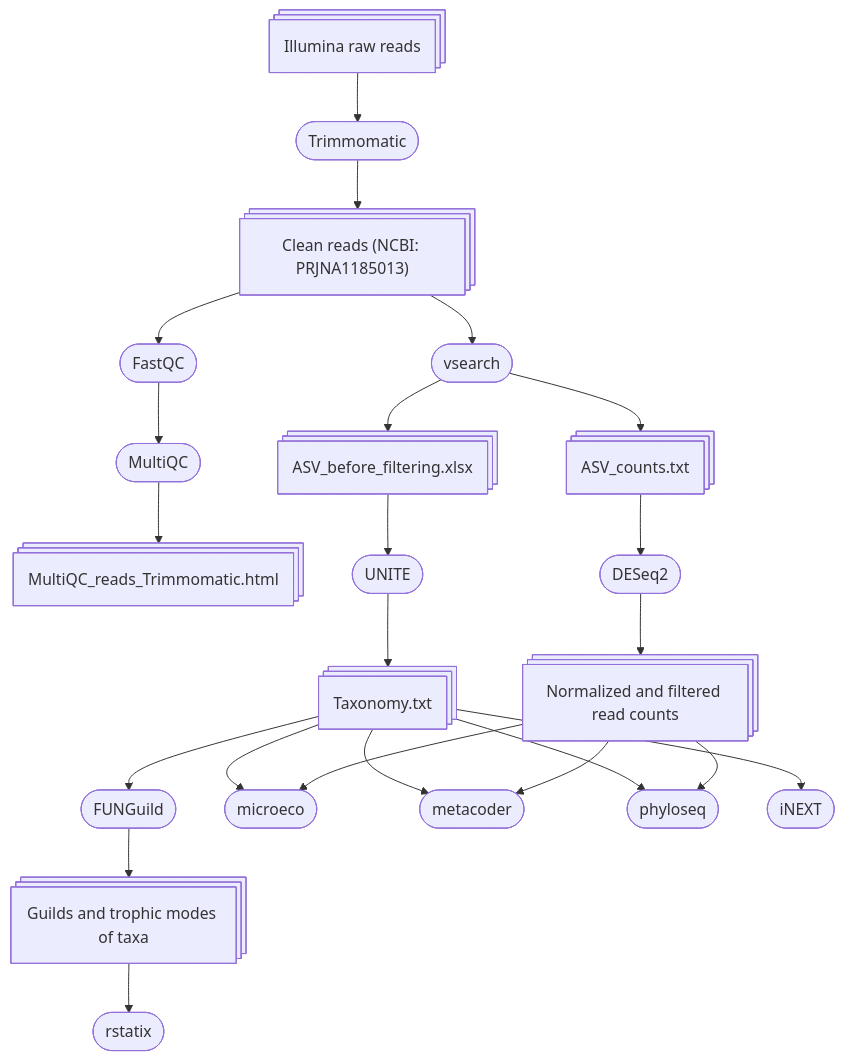
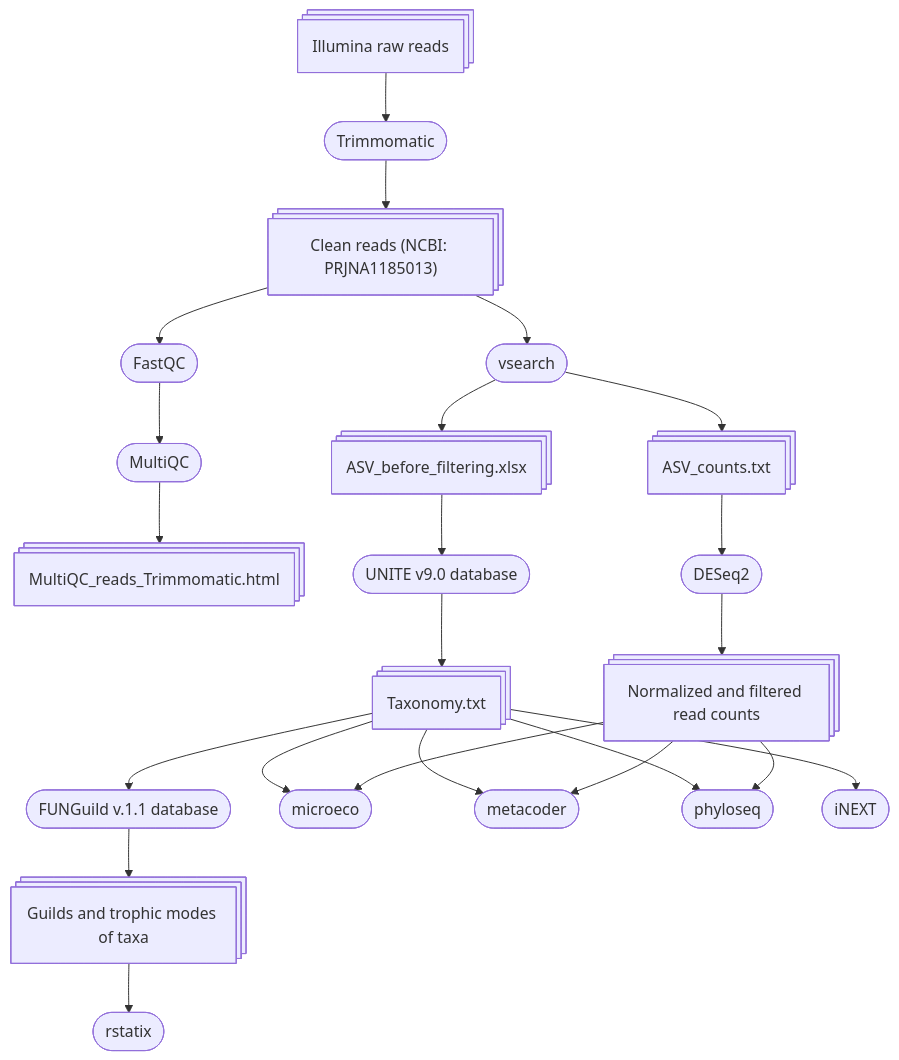
One commit to kuprinak/lithuania-metabar changed the diagram in README.md. Above: the diagram before and after it, drawn with Mermaid. The commit also changed other lines of this file, not shown here.

````diff
--- a/README.md
+++ b/README.md
@@ -22,26 +22,26 @@
 ```mermaid
 flowchart TB
     A@{shape: procs, label: "Illumina raw reads"} --> B([Trimmomatic]);
     B --> C@{shape: procs, label: "Clean reads (NCBI: PRJNA1185013)"};
     C --> Fa([FastQC]);
     Fa --> Mu([MultiQC]);
     Mu --> Mur@{shape: procs, label: "MultiQC_reads_Trimmomatic.html"}; 
     C --> V([vsearch]);
     V --> ASV@{shape: procs, label: "ASV_before_filtering.xlsx"};
     V --> CV@{shape: procs, label: "ASV_counts.txt"};
-    ASV --> T([UNITE]);
+    ASV --> T([UNITE v9.0 database]);
     T --> Ta@{shape: procs, label: "Taxonomy.txt"};
-    Ta --> F([FUNGuild]);
+    Ta --> F([FUNGuild v.1.1 database]);
     F --> Gu@{shape: procs, label: "Guilds and trophic modes of taxa"};
     Gu --> rs([rstatix])
     CV --> D([DESeq2]);
     D --> N@{shape: procs, label: "Normalized and filtered read counts"};
     Ta --> Mi;
     Ta --> Me
     Ta --> Ph
     N --> Ph([phyloseq])
      N --> Mi([microeco])
     N --> Me([metacoder])
     Ta --> iN([iNEXT]);
 
 ```
````
